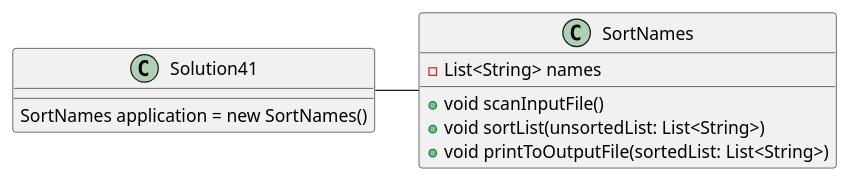
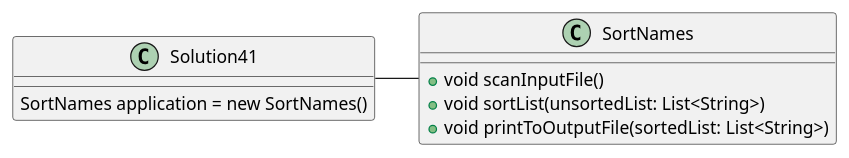
One commit to Reynaldo-Martinez2021/martinez-a04 changed the diagram in exercise41/docs/exercise41.puml. Above: the diagram before and after it, drawn with PlantUML.

Commit message:
exercise41 finished

```diff
--- a/exercise41/docs/exercise41.puml
+++ b/exercise41/docs/exercise41.puml
@@ -1,17 +1,16 @@
 @startuml
 'https://plantuml.com/class-diagram
 
 class Solution41{
 SortNames application = new SortNames()
 }
 
 class SortNames {
--List<String> names
 +void scanInputFile()
 +void sortList(unsortedList: List<String>)
 +void printToOutputFile(sortedList: List<String>)
 }
 
 Solution41 - SortNames
 
 @enduml
```
